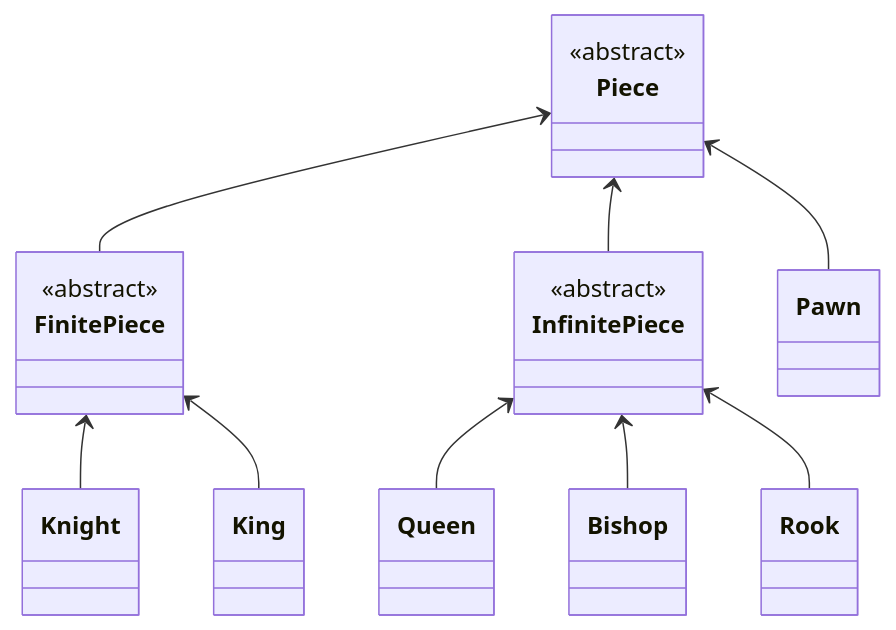
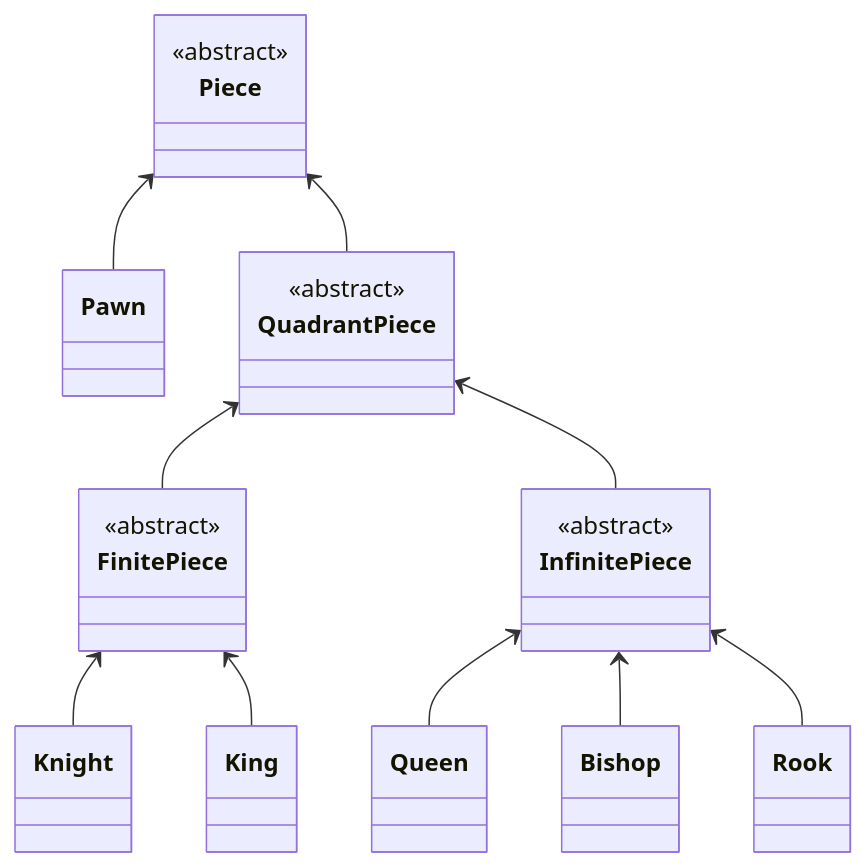
Before and after one commit to woowacourse/java-chess: the diagram in README.md, drawn with Mermaid. The commit also changed 9 other files, not shown here.

````diff
--- a/README.md
+++ b/README.md
@@ -63,15 +63,17 @@
 ```mermaid
 classDiagram
-Piece <-- FinitePiece
-Piece <-- InfinitePiece
-Piece <-- Pawn
-FinitePiece <-- Knight
-FinitePiece <-- King
-InfinitePiece <-- Queen
-InfinitePiece <-- Bishop
-InfinitePiece <-- Rook
+    Piece <-- Pawn
+    FinitePiece <-- Knight
+    FinitePiece <-- King
+    InfinitePiece <-- Queen
+    InfinitePiece <-- Bishop
+    InfinitePiece <-- Rook
+    QuadrantPiece <-- FinitePiece
+    QuadrantPiece <-- InfinitePiece
+    Piece <-- QuadrantPiece
 
-<<abstract>> Piece
-<<abstract>> FinitePiece
-<<abstract>> InfinitePiece
+    <<abstract>> Piece
+    <<abstract>> QuadrantPiece
+    <<abstract>> FinitePiece
+    <<abstract>> InfinitePiece
 ```
````
